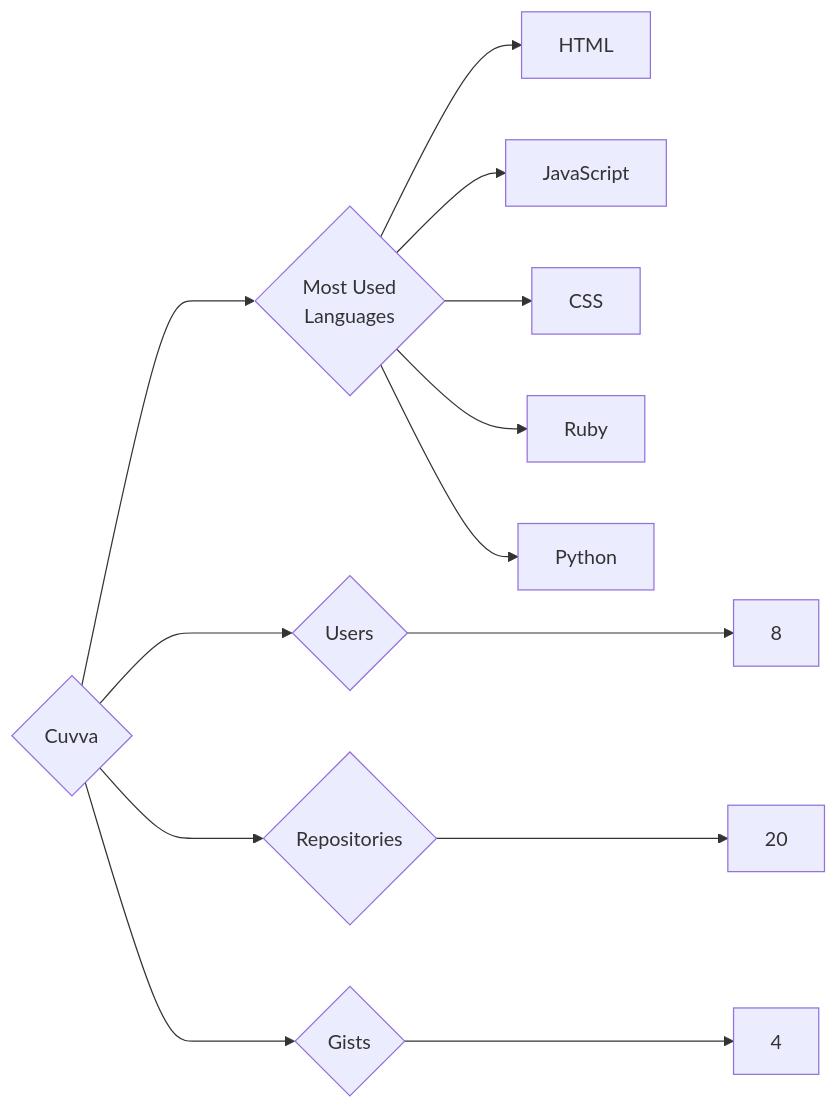
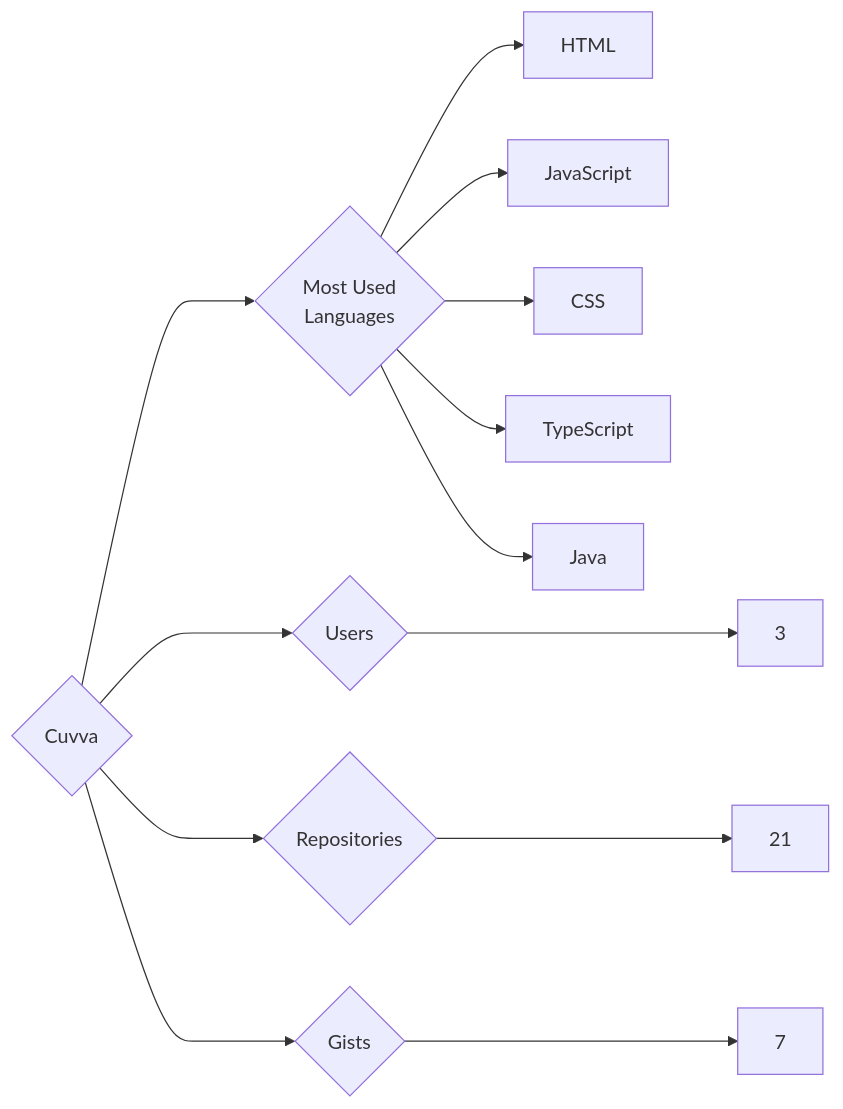
One commit to trickest/insiders changed the diagram in targets/Cuvva/README.md. Above: the diagram before and after it, drawn with Mermaid. The commit also changed 1212 other files, not shown here.

````diff
--- a/targets/Cuvva/README.md
+++ b/targets/Cuvva/README.md
@@ -3,13 +3,13 @@
 ```mermaid
 graph LR
 COMPANY_NAME{Cuvva}
-COMPANY_NAME ---> U{Users} ---> UN[8]
-COMPANY_NAME ---> R{Repositories} ---> RN[20]
-COMPANY_NAME ---> G{Gists} ---> GN[4]
+COMPANY_NAME ---> U{Users} ---> UN[3]
+COMPANY_NAME ---> R{Repositories} ---> RN[21]
+COMPANY_NAME ---> G{Gists} ---> GN[7]
 COMPANY_NAME ---> ML{Most Used<br>Languages}
 ML --> HTML[HTML]
 ML --> JavaScript[JavaScript]
 ML --> CSS[CSS]
-ML --> Ruby[Ruby]
-ML --> Python[Python]
+ML --> TypeScript[TypeScript]
+ML --> Java[Java]
 ```
````
